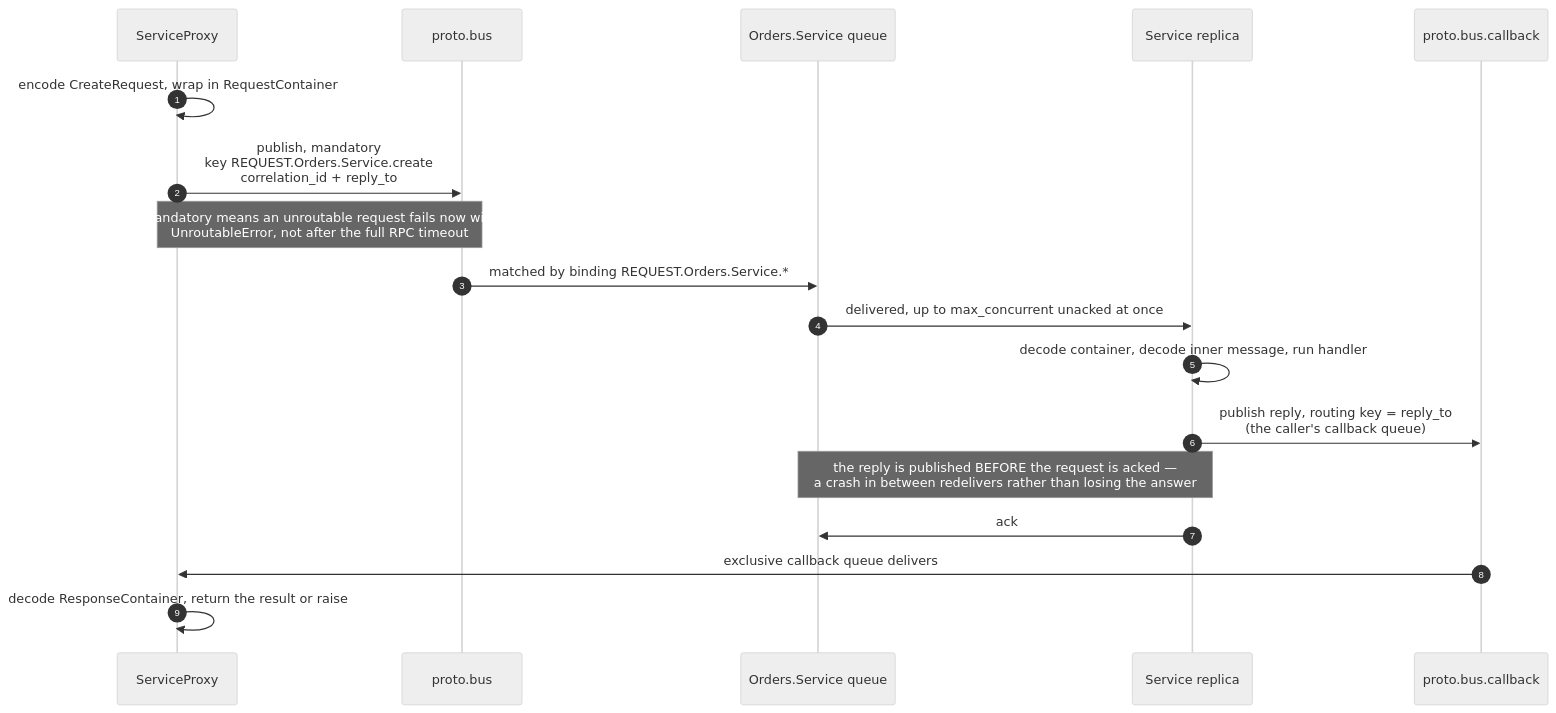
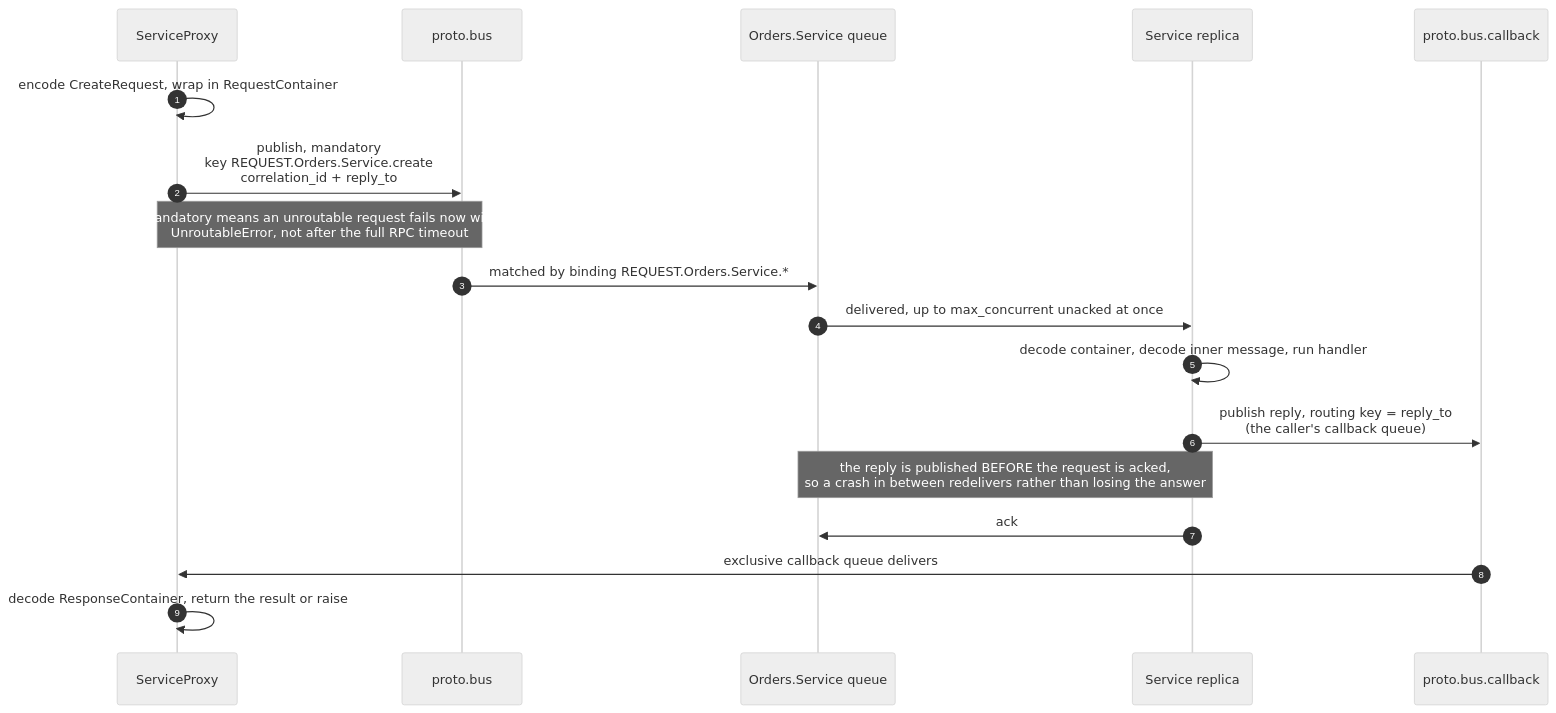
Before and after one commit to ArielLaub/protobus-py: the third of 6 diagrams in docs/concepts/architecture.md, drawn with Mermaid (neutral theme). The commit also changed other lines of this file and 28 other files, not shown here.

````diff
--- a/docs/concepts/architecture.md
+++ b/docs/concepts/architecture.md
@@ -107,21 +107,21 @@
 ```mermaid
 sequenceDiagram
     autonumber
     participant C as ServiceProxy
     participant B as proto.bus
     participant Q as Orders.Service queue
     participant S as Service replica
     participant K as proto.bus.callback
 
     C->>C: encode CreateRequest, wrap in RequestContainer
     C->>B: publish, mandatory<br/>key REQUEST.Orders.Service.create<br/>correlation_id + reply_to
     Note over C,B: mandatory means an unroutable request fails now with<br/>UnroutableError, not after the full RPC timeout
     B->>Q: matched by binding REQUEST.Orders.Service.*
     Q->>S: delivered, up to max_concurrent unacked at once
     S->>S: decode container, decode inner message, run handler
     S->>K: publish reply, routing key = reply_to<br/>(the caller's callback queue)
-    Note over S,Q: the reply is published BEFORE the request is acked —<br/>a crash in between redelivers rather than losing the answer
+    Note over S,Q: the reply is published BEFORE the request is acked,<br/>so a crash in between redelivers rather than losing the answer
     S->>Q: ack
     K->>C: exclusive callback queue delivers
     C->>C: decode ResponseContainer, return the result or raise
 ```
````
